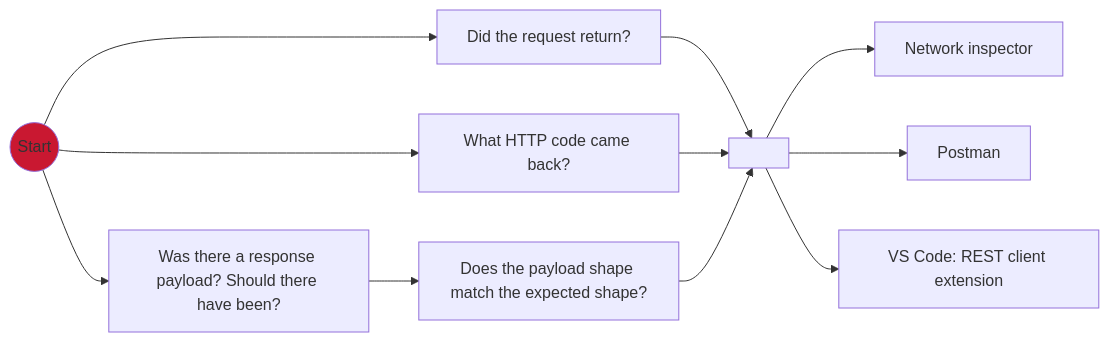
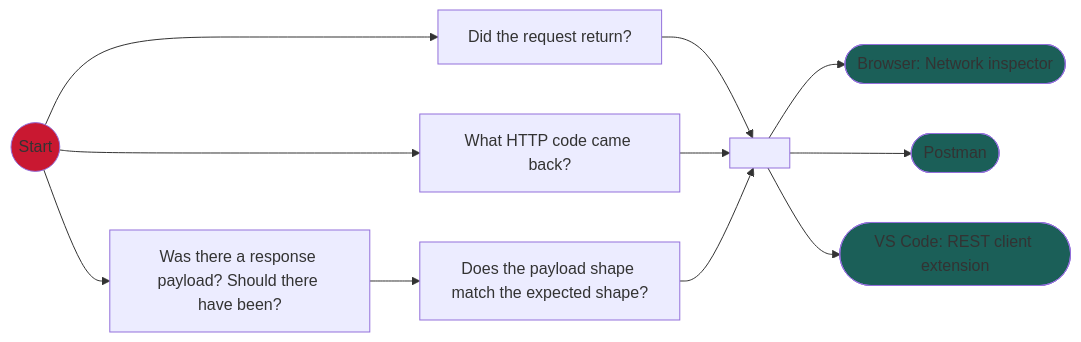
Before and after one commit to zspitz/debuggingProcess: the fifth of 5 diagrams in README.md, drawn with Mermaid. The commit also changed other lines of this file, not shown here.

````diff
--- a/README.md
+++ b/README.md
@@ -108,10 +133,13 @@
 ```mermaid
 graph LR
 Start((Start)) --> N104[Did the request return?] & N105[What HTTP code came back?] & N106[Was there a response payload? Should there have been?]
 
 N106 --> N107[Does the payload shape match the expected shape?]
 
-N104 & N105 & N107 --> N108[ ] --> N109[Network inspector] & N110[Postman] & N111[VS Code: REST client extension]
+N104 & N105 & N107 --> N108[ ] --> N109([Browser: Network inspector]) & N110([Postman]) & N111([VS Code: REST client extension])
 
 style Start fill:#c91831
+style N109 fill:#1b5f58
+style N110 fill:#1b5f58
+style N111 fill:#1b5f58
 ```
````
